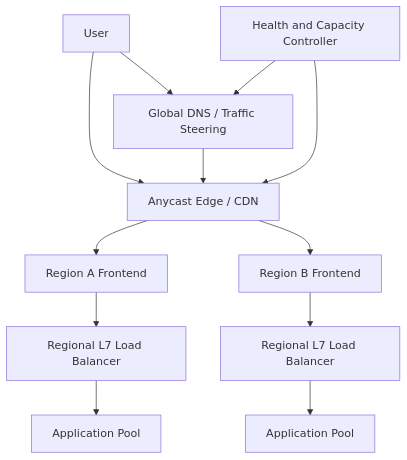
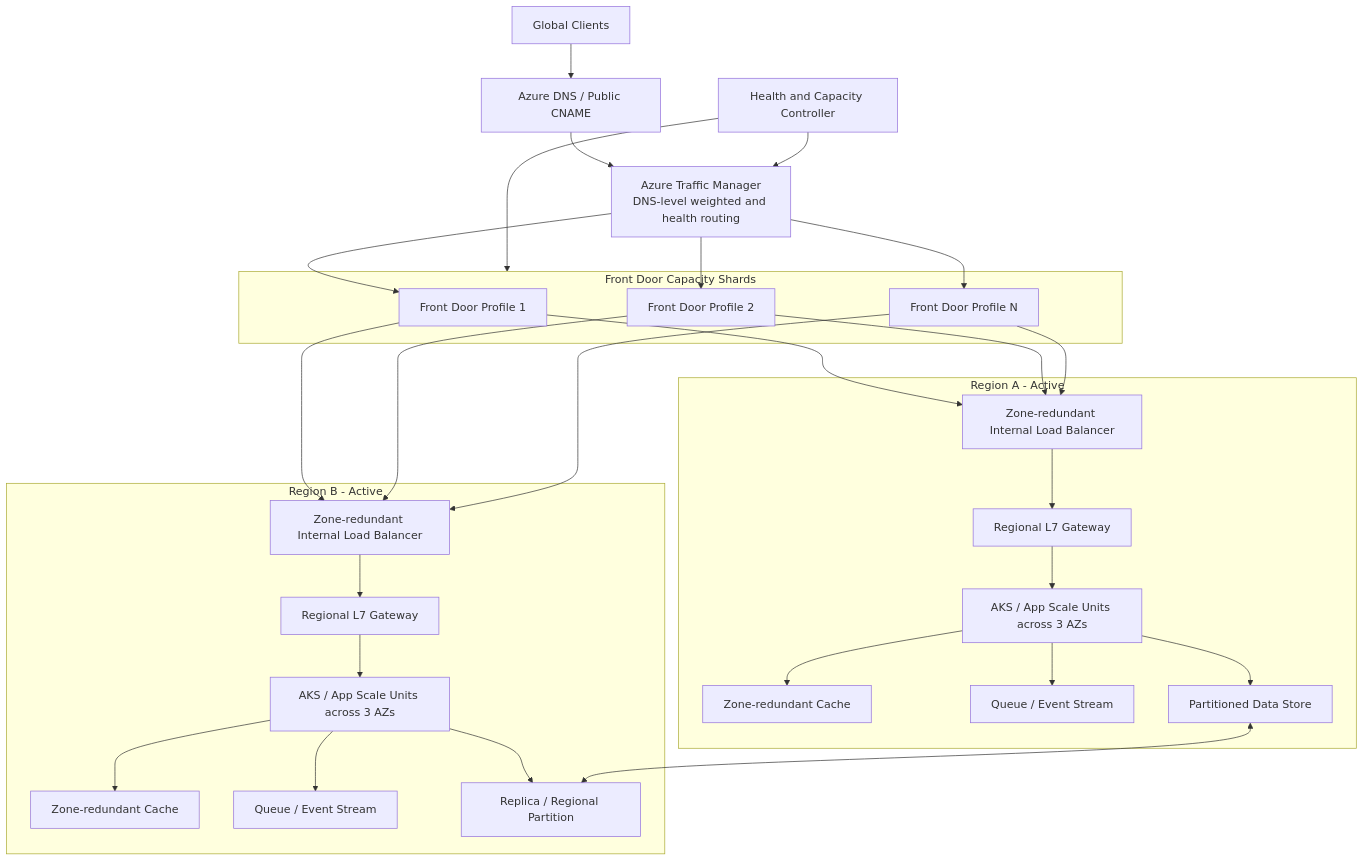
One commit to Aniels/system-design-portfolio changed the diagram in case-studies/10-global-load-balancer/README.md. Above: the diagram before and after it, drawn with Mermaid. The commit also changed other lines of this file and 1 other file, not shown here.

````diff
--- a/case-studies/10-global-load-balancer/README.md
+++ b/case-studies/10-global-load-balancer/README.md
@@ -31,14 +97,58 @@
 ```mermaid
 flowchart TB
-    User --> DNS[Global DNS / Traffic Steering]
-    User --> Edge[Anycast Edge / CDN]
-    DNS --> Edge
-    Edge --> R1[Region A Frontend]
-    Edge --> R2[Region B Frontend]
-    R1 --> L7A[Regional L7 Load Balancer]
-    R2 --> L7B[Regional L7 Load Balancer]
-    L7A --> AppA[Application Pool]
-    L7B --> AppB[Application Pool]
-    Health[Health and Capacity Controller] --> DNS
-    Health --> Edge
+    Client[Global Clients]
+    DNS[Azure DNS / Public CNAME]
+    TM[Azure Traffic Manager\nDNS-level weighted and health routing]
+
+    subgraph EdgeShards[Front Door Capacity Shards]
+        FD1[Front Door Profile 1]
+        FD2[Front Door Profile 2]
+        FDN[Front Door Profile N]
+    end
+
+    subgraph RegionA[Region A - Active]
+        ILBA[Zone-redundant Internal Load Balancer]
+        GWA[Regional L7 Gateway]
+        AKSA[AKS / App Scale Units across 3 AZs]
+        CacheA[Zone-redundant Cache]
+        QueueA[Queue / Event Stream]
+        DataA[Partitioned Data Store]
+    end
+
+    subgraph RegionB[Region B - Active]
+        ILBB[Zone-redundant Internal Load Balancer]
+        GWB[Regional L7 Gateway]
+        AKSB[AKS / App Scale Units across 3 AZs]
+        CacheB[Zone-redundant Cache]
+        QueueB[Queue / Event Stream]
+        DataB[Replica / Regional Partition]
+    end
+
+    Health[Health and Capacity Controller]
+
+    Client --> DNS --> TM
+    TM --> FD1
+    TM --> FD2
+    TM --> FDN
+
+    FD1 --> ILBA
+    FD1 --> ILBB
+    FD2 --> ILBA
+    FD2 --> ILBB
+    FDN --> ILBA
+    FDN --> ILBB
+
+    ILBA --> GWA --> AKSA
+    AKSA --> CacheA
+    AKSA --> QueueA
+    AKSA --> DataA
+
+    ILBB --> GWB --> AKSB
+    AKSB --> CacheB
+    AKSB --> QueueB
+    AKSB --> DataB
+
+    DataA <--> DataB
+    Health --> TM
+    Health --> EdgeShards
 ```
````
